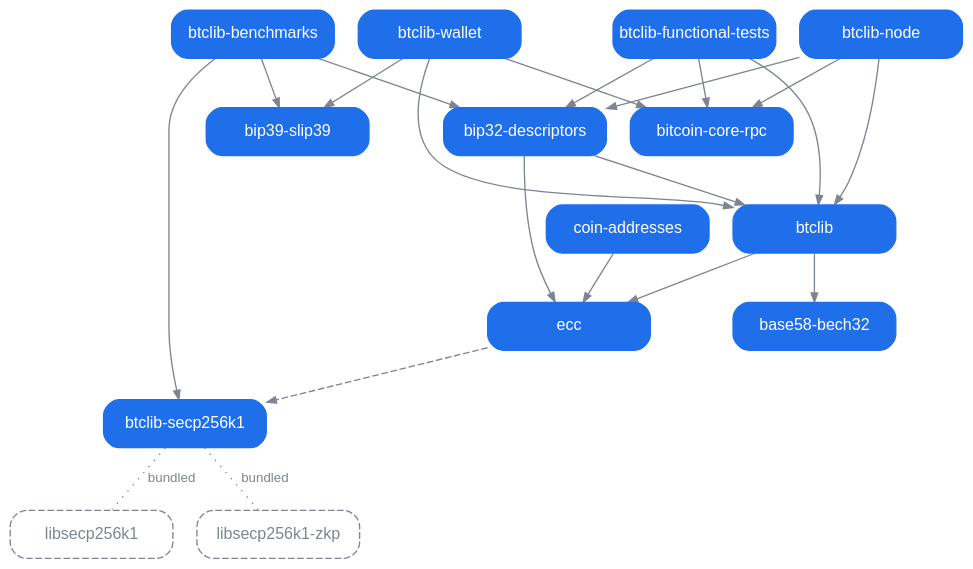
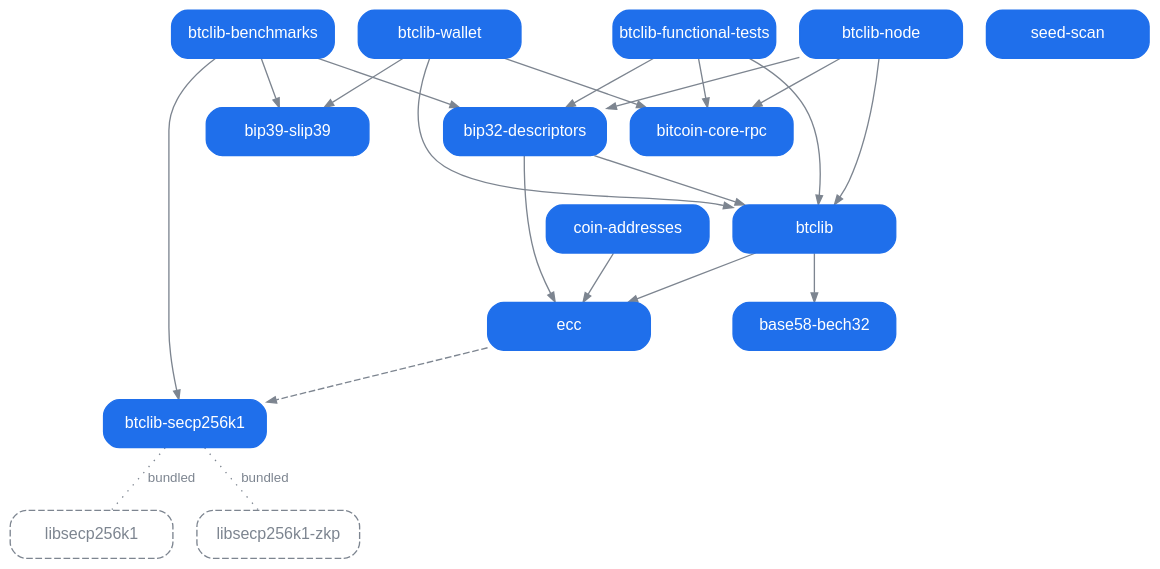
Before and after one commit to btclib-org/.github: the diagram in profile/dependencies.dot, drawn with Graphviz. The commit also changed 5 other files, not shown here.

```diff
--- a/profile/dependencies.dot
+++ b/profile/dependencies.dot
@@ -1,110 +1,111 @@
 // How the organization's packages depend on each other: the source of
 // dependencies.svg beside it, which profile/README.md shows.
 //
 // A node is the `[project]` name of every tree of the organization that
 // builds a distribution, `[build-system]` being what says it does. A tree
 // that builds none is not drawn, and neither is an arrow into or out of
 // one. A grey dashed outline is not a package of the organization but a C
 // library one of them bundles: the submodule `X` of such a tree is the
 // node `libX`.
 //
 // An arrow points from a project up to what it depends on: solid where
 // `dependencies` in its pyproject.toml names the target, and dashed where
 // only an `optional-dependencies` extra does. An arrow is drawn only
 // where the dependent, bare or with one of its extras, does not already
 // install its target, with the extras it asks of it, through the arrows
 // that are drawn: `btclib-wallet[secp256k1]` asks `btclib[secp256k1]`,
 // which asks `ecc[secp256k1]`, so `btclib-wallet`'s own requirement of
 // `btclib-secp256k1` draws nothing, while `btclib-node` asks
 // `btclib[secp256k1]` and `bip32-descriptors`' `dependencies` ask bare
 // `btclib`, so `btclib-node`'s arrow to `btclib` is drawn beside its
 // arrow to `bip32-descriptors`. The extras are written nowhere, and
 // dependency groups are left out, being what a checkout of the tree
 // installs rather than what a user of the package does. A requirement on
 // a name no tree builds, a retired one included, draws nothing. A dotted
 // line with no arrowhead, labelled `bundled`, joins a package to a C
 // library that is a submodule of its tree, built into the package rather
 // than installed beside it.
 // tests/dependencies_test.py compares this file with every tree's
 // pyproject.toml and .gitmodules, and names every requirement on a
 // retired name.
 //
 // Every position is set by hand and rendered as it stands, by neato with
 // `nop: 2` in .github/scripts/render_dependencies.mjs, which takes the
 // nodes and the edges where they are written. A node's `pos` is its
 // centre in points, y growing upward, and a row is a level: what a
 // package depends on sits above it, in four columns 145 apart. An edge's
 // `pos` is its route as the control points of a spline whose segments
 // are straight, `e,` giving where the arrowhead's tip lands, and a
 // label's `lp` is where it is written. `bip32-descriptors` sits under
 // `btclib` and `btclib-benchmarks` under it, so that the arrows of
 // `btclib-functional-tests` and `btclib-node` into `btclib` pass on
 // either side of `bip32-descriptors`. Every other arrow of
-// `btclib-benchmarks` leaves its box from below and runs round the
-// outside.
+// `btclib-benchmarks` leaves its box from below, runs under its row and
+// round the outside.
 //
 // The colours are for a transparent background under both of GitHub's
 // themes: text sits on the fill of its box, and the grey of the arrows
 // and of the outlined C libraries reads on the light theme's white and
 // the dark theme's near-black.
 digraph dependencies {
     graph [bgcolor="transparent", outputorder=edgesfirst, pad=0.2];
     node [shape=box, style="rounded,filled", color="#1f6feb", fillcolor="#1f6feb",
           fontcolor="#ffffff", fontname="Helvetica", fontsize=12, width=1.7, height=0.5, fixedsize=true];
     edge [color="#7d8590", fontcolor="#7d8590", fontname="Helvetica", fontsize=10, arrowsize=0.7];
 
     "libsecp256k1"     [pos="290,560", style="rounded,dashed", color="#7d8590", fontcolor="#7d8590"];
     "libsecp256k1-zkp" [pos="435,560", style="rounded,dashed", color="#7d8590", fontcolor="#7d8590"];
     "base58-bech32"    [pos="145,560"];
     "bip39-slip39"     [pos="0,560"];
     "bitcoin-core-rpc" [pos="145,460"];
     "btclib-secp256k1" [pos="290,460"];
     "ecc"              [pos="290,360"];
     "btclib"           [pos="290,260"];
     "btclib-wallet"           [pos="0,160"];
     "bip32-descriptors"       [pos="290,160"];
     "coin-addresses"          [pos="0,60"];
     "btclib-functional-tests" [pos="145,60"];
     "btclib-benchmarks"       [pos="290,60"];
     "btclib-node"             [pos="435,60"];
+    "seed-scan"               [pos="0,-40"];
 
     "btclib-secp256k1" -> "libsecp256k1" [style=dotted, arrowhead=none, label="bundled", lp="262,510",
         pos="290,478 290,478 290,542 290,542"];
     "btclib-secp256k1" -> "libsecp256k1-zkp" [style=dotted, arrowhead=none, label="bundled", lp="463,526",
         pos="320,478 320,478 320,510 320,510 320,510 435,510 435,510 435,510 435,542 435,542"];
     "ecc" -> "btclib-secp256k1" [style=dashed,
         pos="e,290,442 290,378 290,378 290,435 290,435"];
     "btclib" -> "ecc" [pos="e,290,342 290,278 290,278 290,335 290,335"];
     "btclib" -> "base58-bech32"
         [pos="e,145,542 229,260 229,260 40,260 40,260 40,260 40,510 40,510 40,510 145,510 145,510 145,510 145,535 145,535"];
     "btclib-wallet" -> "btclib"
         [pos="e,229,270 20,178 20,178 20,270 20,270 20,270 222,270 222,270"];
     "bip32-descriptors" -> "btclib" [
         pos="e,290,242 290,178 290,178 290,235 290,235"];
     "bip32-descriptors" -> "ecc"
         [pos="e,351,360 351,160 351,160 380,160 380,160 380,160 380,360 380,360 380,360 358,360 358,360"];
     "coin-addresses" -> "ecc"
         [pos="e,229,360 61,60 61,60 72,60 72,60 72,60 72,360 72,360 72,360 222,360 222,360"];
     "btclib-functional-tests" -> "bip32-descriptors"
         [pos="e,250,142 185,78 185,78 185,110 185,110 185,110 250,110 250,110 250,110 250,135 250,135"];
     "btclib-functional-tests" -> "btclib"
         [pos="e,229,250 165,78 165,78 165,250 165,250 165,250 222,250 222,250"];
     "btclib-functional-tests" -> "bitcoin-core-rpc" [
         pos="e,125,442 125,78 125,78 125,435 125,435"];
     "btclib-benchmarks" -> "bip32-descriptors" [
         pos="e,290,142 290,78 290,78 290,135 290,135"];
     "btclib-node" -> "bip32-descriptors"
         [pos="e,330,142 395,78 395,78 395,110 395,110 395,110 330,110 330,110 330,110 330,135 330,135"];
     "btclib-node" -> "btclib"
         [pos="e,351,250 435,78 435,78 435,250 435,250 435,250 358,250 358,250"];
     "btclib-node" -> "bitcoin-core-rpc"
         [pos="e,185,442 465,78 465,78 465,310 465,310 465,310 185,310 185,310 185,310 185,435 185,435"];
     "btclib-benchmarks" -> "btclib-secp256k1"
         [pos="e,351,460 330,42 330,42 330,25 330,25 330,25 530,25 530,25 530,25 530,460 530,460 530,460 358,460 358,460"];
     "btclib-benchmarks" -> "bip39-slip39"
         [pos="e,0,578 250,42 250,42 250,20 250,20 250,20 -80,20 -80,20 -80,20 -80,610 -80,610 -80,610 0,610 0,610 0,610 0,585 0,585"];
     "btclib-wallet" -> "bitcoin-core-rpc"
         [pos="e,84,460 -20,178 -20,178 -20,460 -20,460 -20,460 77,460 77,460"];
     "btclib-wallet" -> "bip39-slip39"
         [pos="e,-40,542 -40,178 -40,178 -40,535 -40,535"];
 }
```
